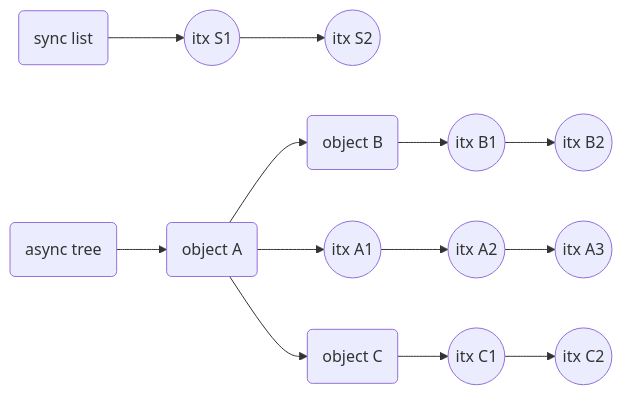
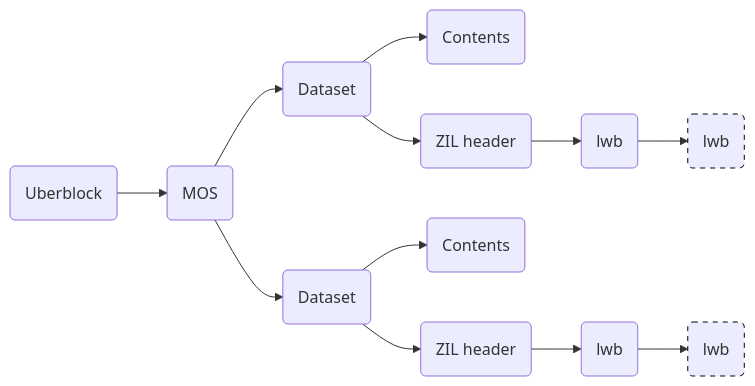
Before and after one commit to prakashsurya/prakashsurya.github.io: the first of 44 diagrams in content/post/2017-10-24-zil-performance-how-i-doubled-sync-write-speed.md, drawn with Mermaid. The commit also changed other lines of this file, not shown here.

Commit message:
Edit: ZIL Performance: How I Doubled Sync Write Speed (slides)

```diff
--- a/content/post/2017-10-24-zil-performance-how-i-doubled-sync-write-speed.md
+++ b/content/post/2017-10-24-zil-performance-how-i-doubled-sync-write-speed.md
@@ -231,16 +205,19 @@
 <div class="mermaid">
 graph LR
-  SLIST(sync list) --> SLIST-1((itx S1))
-  SLIST-1          --> SLIST-2((itx S2))
+  UBERBLOCK(Uberblock) --> MOS(MOS)
+  MOS --> DS-1(Dataset)
+  MOS --> DS-2(Dataset)
 
-  ATREE(async tree) --> OBJ-A(object A)
-  OBJ-A             --> OBJ-B(object B)
-  OBJ-B             --> OBJ-B-1((itx B1))
-  OBJ-B-1           --> OBJ-B-2((itx B2))
-  OBJ-A             --> OBJ-A-1((itx A1))
-  OBJ-A-1           --> OBJ-A-2((itx A2))
-  OBJ-A-2           --> OBJ-A-3((itx A3))
-  OBJ-A             --> OBJ-C(object C)
-  OBJ-C             --> OBJ-C-1((itx C1))
-  OBJ-C-1           --> OBJ-C-2((itx C2))
+  DS-1    --> DATA-1(Contents)
+  DS-1    --> ZIL-1(ZIL header)
+  ZIL-1   --> LWB-1-1(lwb)
+  LWB-1-1 --> LWB-1-2(lwb)
+
+  DS-2    --> DATA-2(Contents)
+  DS-2    --> ZIL-2(ZIL header)
+  ZIL-2   --> LWB-2-1(lwb)
+  LWB-2-1 --> LWB-2-2(lwb)
+
+  style LWB-1-2 stroke:#000000, stroke-dasharray:5, 5
+  style LWB-2-2 stroke:#000000, stroke-dasharray:5, 5
 </div>
```
